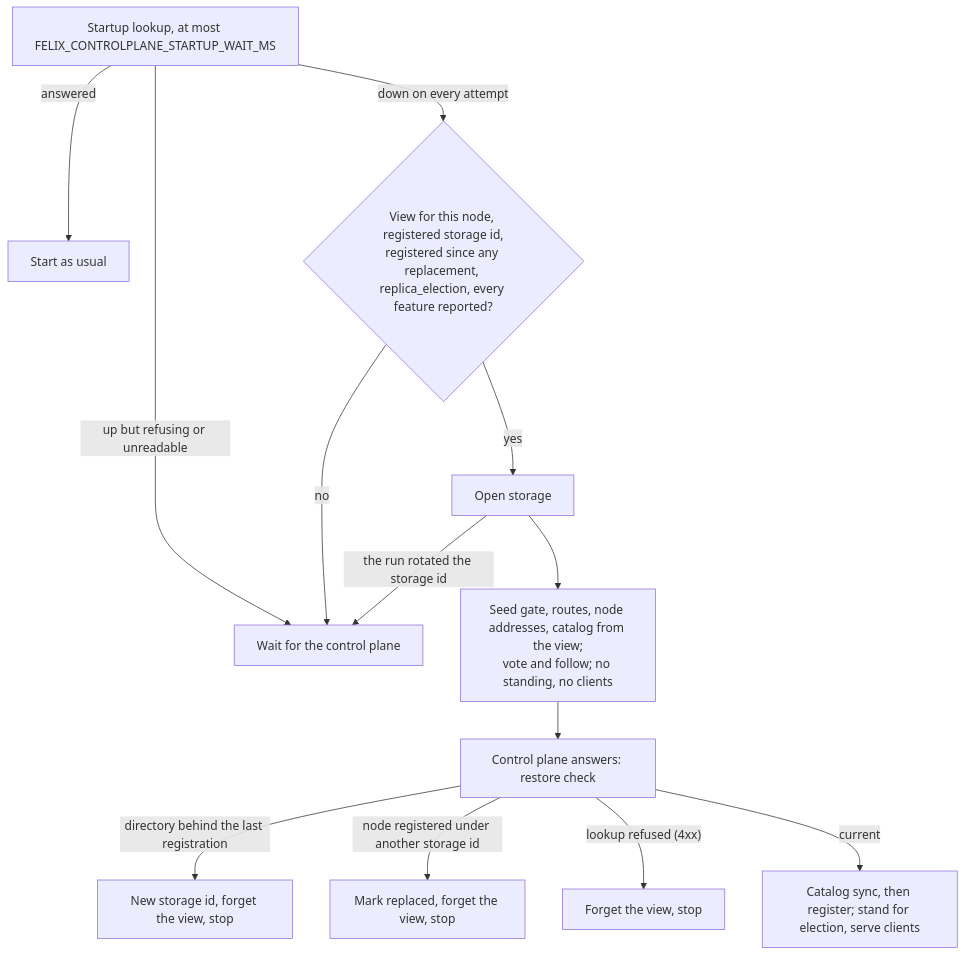
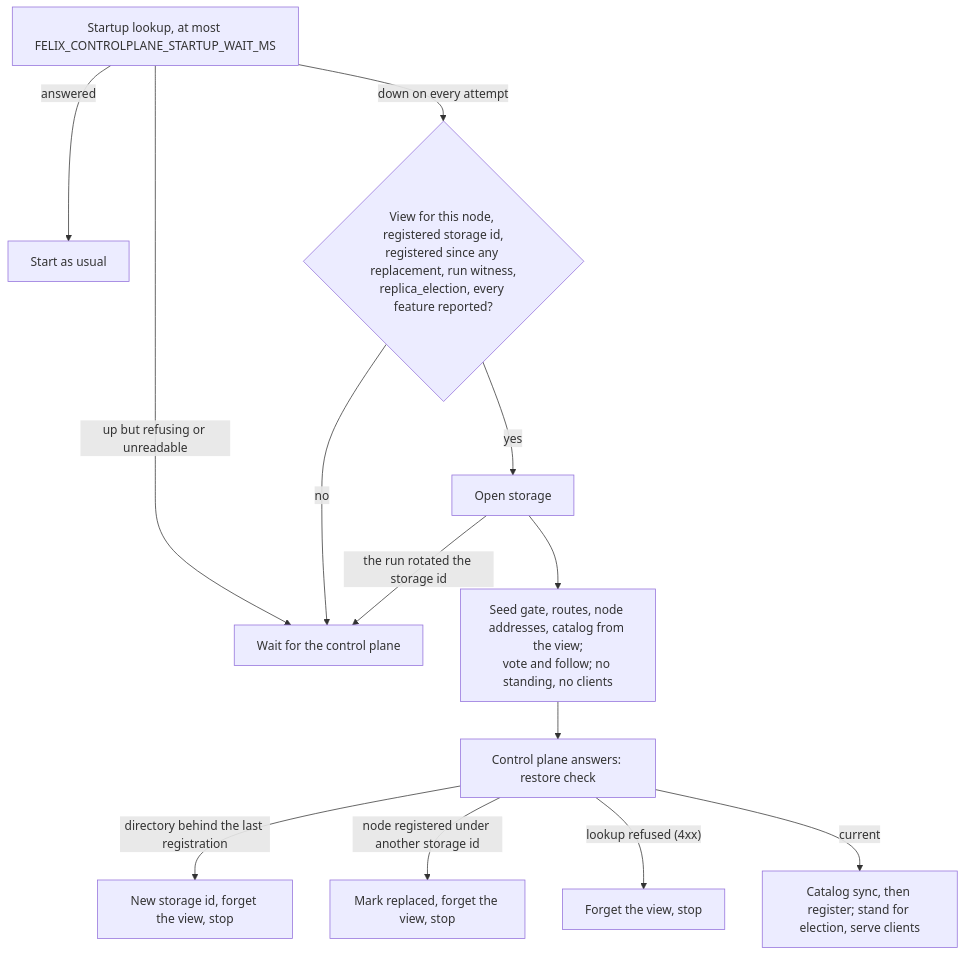
Before and after one commit to GetFelix/felix: the diagram in docs/control-plane.md, drawn with Mermaid. The commit also changed other lines of this file and 19 other files, not shown here.

````diff
--- a/docs/control-plane.md
+++ b/docs/control-plane.md
@@ -530,15 +537,15 @@
 ```mermaid
 flowchart TD
     A["Startup lookup, at most FELIX_CONTROLPLANE_STARTUP_WAIT_MS"] -- "answered" --> N["Start as usual"]
     A -- "up but refusing or unreadable" --> W["Wait for the control plane"]
-    A -- "down on every attempt" --> Q{"View for this node, registered storage id,<br/>registered since any replacement, replica_election, every feature reported?"}
+    A -- "down on every attempt" --> Q{"View for this node, registered storage id,<br/>registered since any replacement, run witness,<br/>replica_election, every feature reported?"}
     Q -- "no" --> W
     Q -- "yes" --> O["Open storage"]
     O -- "the run rotated the storage id" --> W
     O --> V["Seed gate, routes, node addresses, catalog from the view;<br/>vote and follow; no standing, no clients"]
     V --> C["Control plane answers: restore check"]
     C -- "directory behind the last registration" --> X["New storage id, forget the view, stop"]
     C -- "node registered under another storage id" --> Y["Mark replaced, forget the view, stop"]
     C -- "lookup refused (4xx)" --> Z["Forget the view, stop"]
     C -- "current" --> R["Catalog sync, then register; stand for election, serve clients"]
 ```
````
